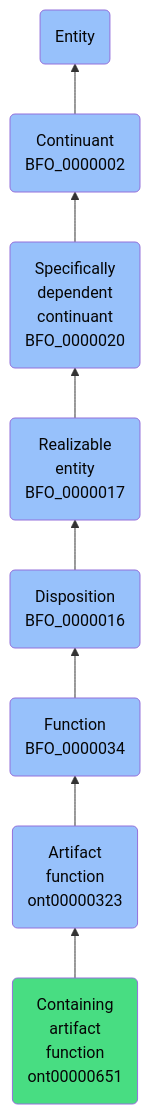
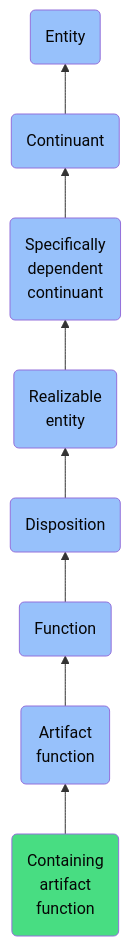
One commit to jupyter-naas/abi changed the diagram in docs/ontology/reference/model/Entity/Continuant/Specifically dependent continuant/Realizable entity/Disposition/Function/Artifact function/Containing artifact function/Containing artifact function.md. Above: the diagram before and after it, drawn with Mermaid. The commit also changed other lines of this file and 1430 other files, not shown here.

````diff
--- a/docs/ontology/reference/model/Entity/Continuant/Specifically dependent continuant/Realizable entity/Disposition/Function/Artifact function/Containing artifact function/Containing artifact function.md
+++ b/docs/ontology/reference/model/Entity/Continuant/Specifically dependent continuant/Realizable entity/Disposition/Function/Artifact function/Containing artifact function/Containing artifact function.md
@@ -24,15 +24,15 @@
 ```mermaid
 graph BT
-    ont00000651(Containing<br>artifact<br>function<br>ont00000651):::ABI-->ont00000323
-    ont00000323(Artifact<br>function<br>ont00000323):::BFO-->BFO_0000034
-    BFO_0000034(Function<br>BFO_0000034):::BFO-->BFO_0000016
-    BFO_0000016(Disposition<br>BFO_0000016):::BFO-->BFO_0000017
-    BFO_0000017(Realizable<br>entity<br>BFO_0000017):::BFO-->BFO_0000020
-    BFO_0000020(Specifically<br>dependent<br>continuant<br>BFO_0000020):::BFO-->BFO_0000002
-    BFO_0000002(Continuant<br>BFO_0000002):::BFO-->BFO_0000001
+    ont00000651(Containing<br>artifact<br>function):::ABI-->ont00000323
+    ont00000323(Artifact<br>function):::BFO-->BFO_0000034
+    BFO_0000034(Function):::BFO-->BFO_0000016
+    BFO_0000016(Disposition):::BFO-->BFO_0000017
+    BFO_0000017(Realizable<br>entity):::BFO-->BFO_0000020
+    BFO_0000020(Specifically<br>dependent<br>continuant):::BFO-->BFO_0000002
+    BFO_0000002(Continuant):::BFO-->BFO_0000001
     BFO_0000001(Entity):::BFO
     
     classDef BFO fill:#97c1fb,color:#060606
     classDef CCO fill:#e4c51e,color:#060606
     classDef ABI fill:#48DD82,color:#060606
 ```
````
